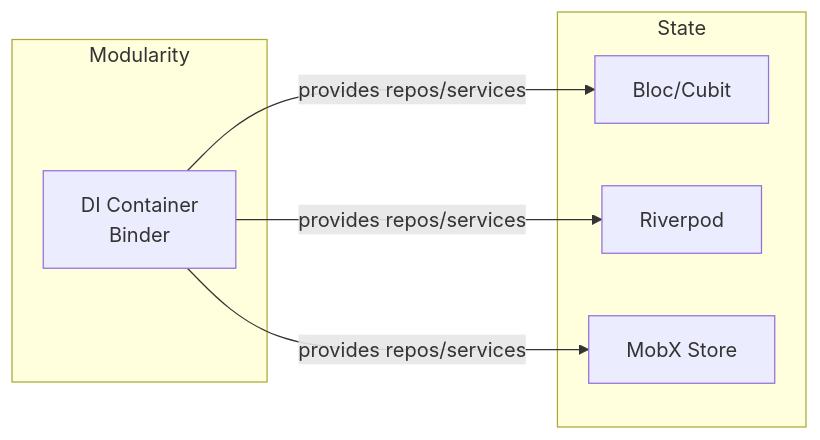
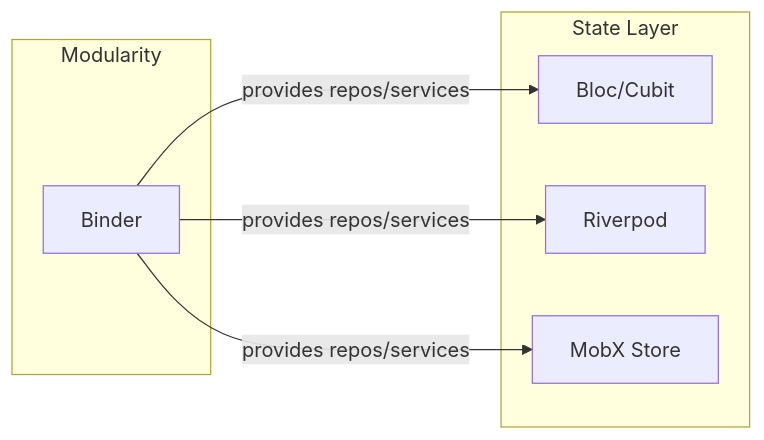
The diagram in docs-site/guide/modularity_workspace/state-management.md (cherrypick-agency/modularity_dart), drawn with Mermaid before and after one commit. The commit also changed other lines of this file and 56 other files, not shown here.

````diff
--- a/docs-site/guide/modularity_workspace/state-management.md
+++ b/docs-site/guide/modularity_workspace/state-management.md
@@ -7,14 +7,14 @@
 ```mermaid
 flowchart LR
     subgraph Modularity
-        DI[DI Container<br/>Binder]
+        DI[Binder]
     end
-    subgraph State
+    subgraph "State Layer"
         B[Bloc/Cubit]
         R[Riverpod]
         M[MobX Store]
     end
     DI -->|provides repos/services| B
     DI -->|provides repos/services| R
     DI -->|provides repos/services| M
 ```
````
